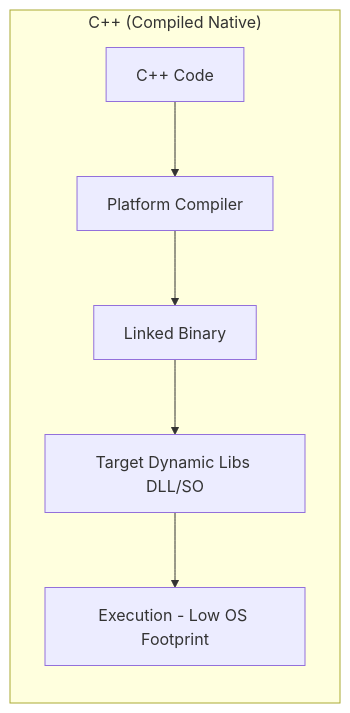
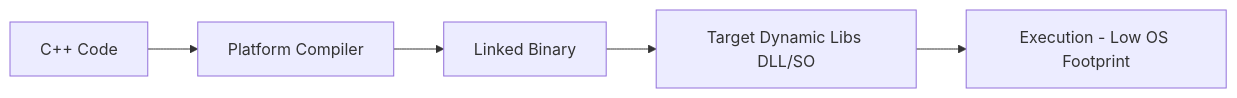
Before and after one commit to yusufarbc/yusufarbc: the second of 4 diagrams in website/content/golang-for-hackers/en.md, drawn with Mermaid. The commit also changed other lines of this file and 1 other file, not shown here.

````diff
--- a/website/content/golang-for-hackers/en.md
+++ b/website/content/golang-for-hackers/en.md
@@ -140,9 +142,7 @@
 ```mermaid
 graph LR
-    subgraph "C++ (Compiled Native)"
-        C_Source[C++ Code] --> C_Compiler[Platform Compiler]
-        C_Compiler --> C_Binary[Linked Binary]
-        C_Binary --> C_OS[Target Dynamic Libs DLL/SO]
-        C_OS --> C_Execution[Execution - Low OS Footprint]
-    end
+    C_Source[C++ Code] --> C_Compiler[Platform Compiler]
+    C_Compiler --> C_Binary[Linked Binary]
+    C_Binary --> C_OS[Target Dynamic Libs DLL/SO]
+    C_OS --> C_Execution[Execution - Low OS Footprint]
 ```
````
